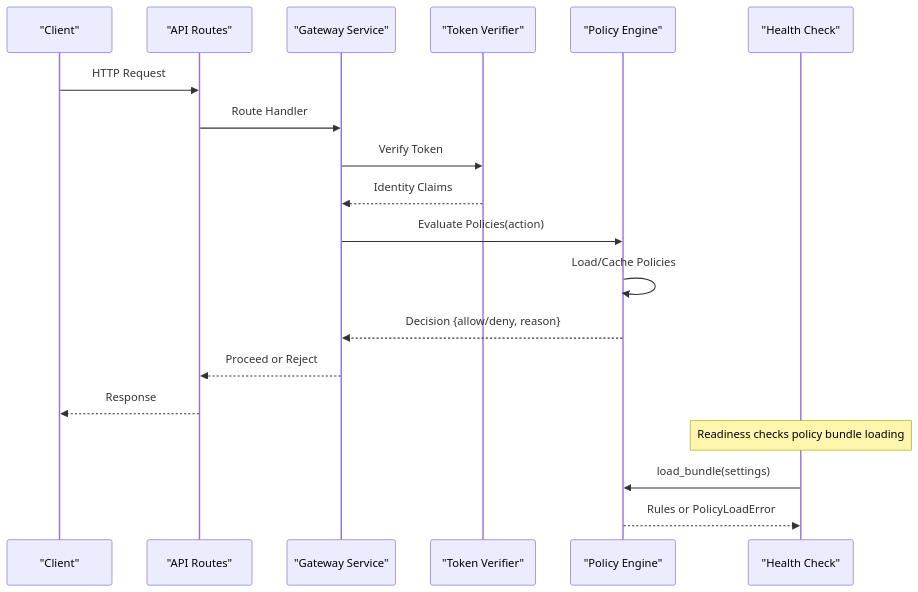
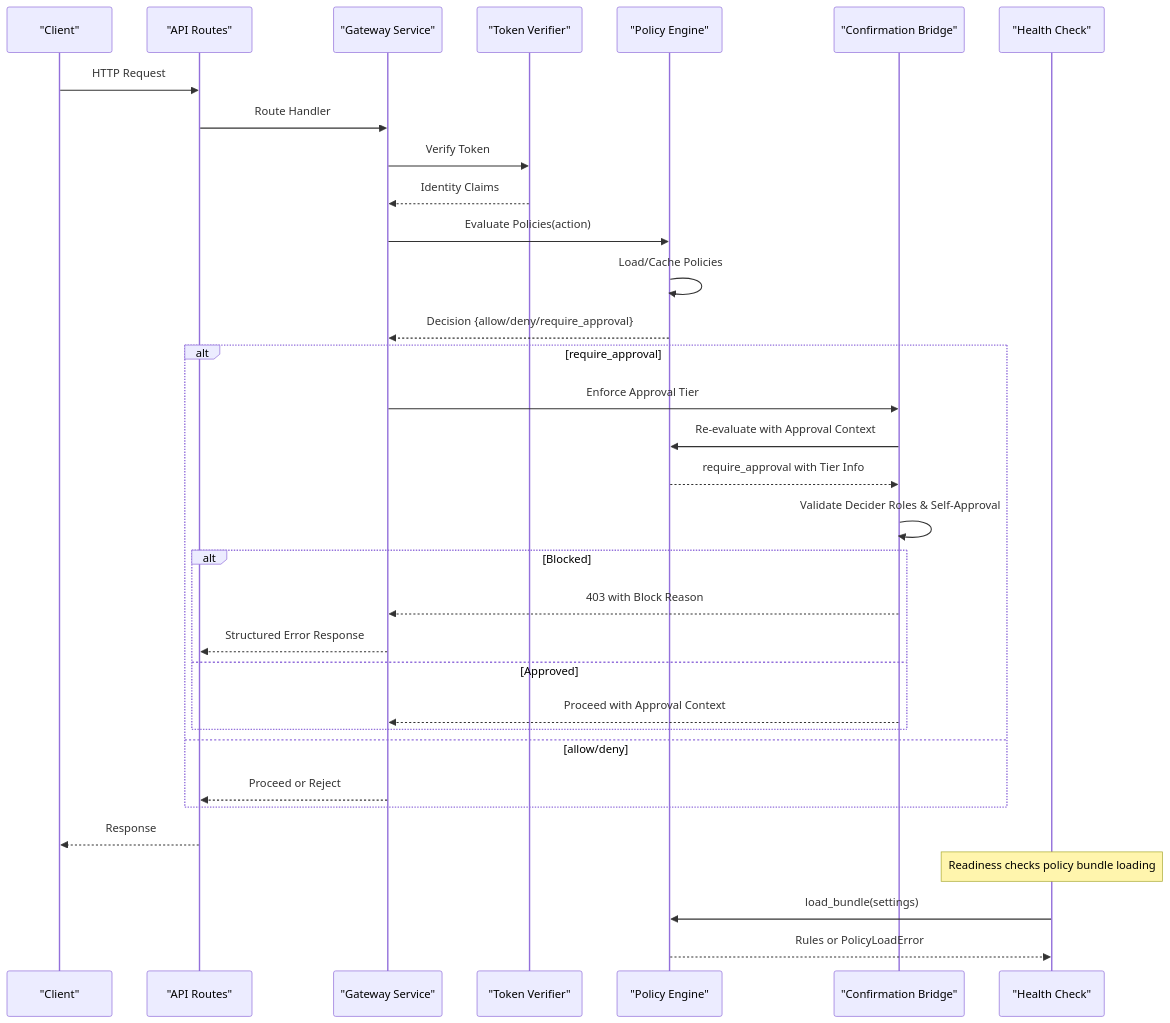
One commit to metasync/luban-aiops changed the second of 4 diagrams in .qoder/repowiki/en/content/Tool Gateway Service/Policy Engine and Enforcement.md. Above: the diagram before and after it, drawn with Mermaid. The commit also changed other lines of this file and 7 other files, not shown here.

````diff
--- a/.qoder/repowiki/en/content/Tool Gateway Service/Policy Engine and Enforcement.md
+++ b/.qoder/repowiki/en/content/Tool Gateway Service/Policy Engine and Enforcement.md
@@ -130,21 +145,35 @@
 ```mermaid
 sequenceDiagram
 participant Client as "Client"
 participant API as "API Routes"
 participant GS as "Gateway Service"
 participant TV as "Token Verifier"
 participant PE as "Policy Engine"
+participant CB as "Confirmation Bridge"
 participant Health as "Health Check"
 Client->>API : HTTP Request
 API->>GS : Route Handler
 GS->>TV : Verify Token
 TV-->>GS : Identity Claims
 GS->>PE : Evaluate Policies(action)
 PE->>PE : Load/Cache Policies
-PE-->>GS : Decision {allow/deny, reason}
+PE-->>GS : Decision {allow/deny/require_approval}
+alt require_approval
+GS->>CB : Enforce Approval Tier
+CB->>PE : Re-evaluate with Approval Context
+PE-->>CB : require_approval with Tier Info
+CB->>CB : Validate Decider Roles & Self-Approval
+alt Blocked
+CB-->>GS : 403 with Block Reason
+GS-->>API : Structured Error Response
+else Approved
+CB-->>GS : Proceed with Approval Context
+end
+else allow/deny
 GS-->>API : Proceed or Reject
+end
 API-->>Client : Response
 Note over Health : Readiness checks policy bundle loading
 Health->>PE : load_bundle(settings)
 PE-->>Health : Rules or PolicyLoadError
 ```
````
